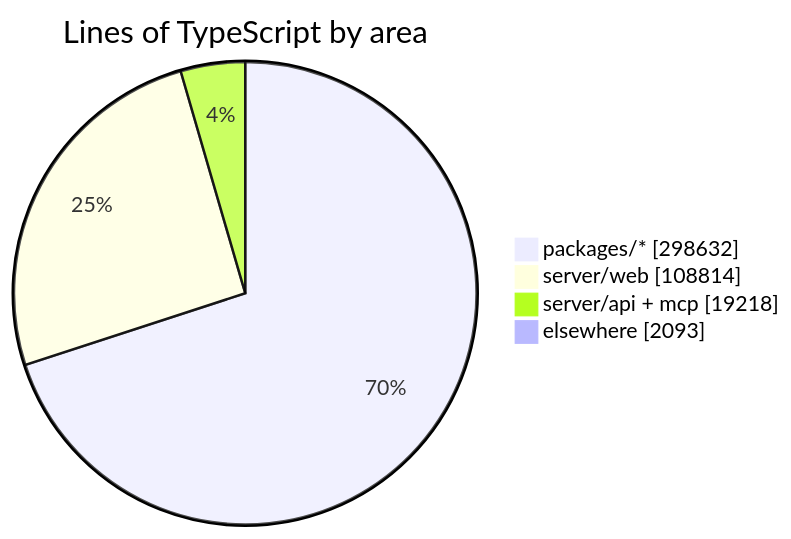
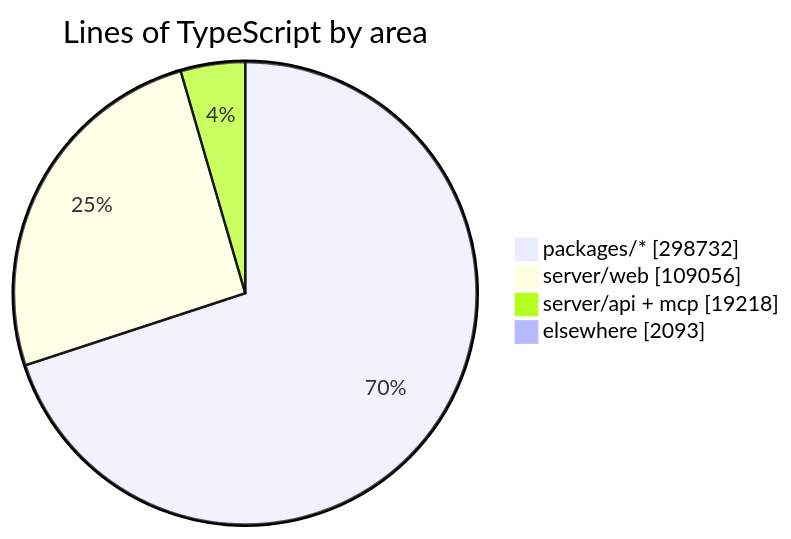
One commit to crossworks-engineering/mantle changed the diagram in README.md. Above: the diagram before and after it, drawn with Mermaid. The commit also changed other lines of this file and 2 other files, not shown here.

````diff
--- a/README.md
+++ b/README.md
@@ -294,7 +294,7 @@
 ```mermaid
 pie showData title Lines of TypeScript by area
-    "packages/*" : 298632
-    "server/web" : 108814
+    "packages/*" : 298732
+    "server/web" : 109056
     "server/api + mcp" : 19218
     "elsewhere" : 2093
 ```
````
